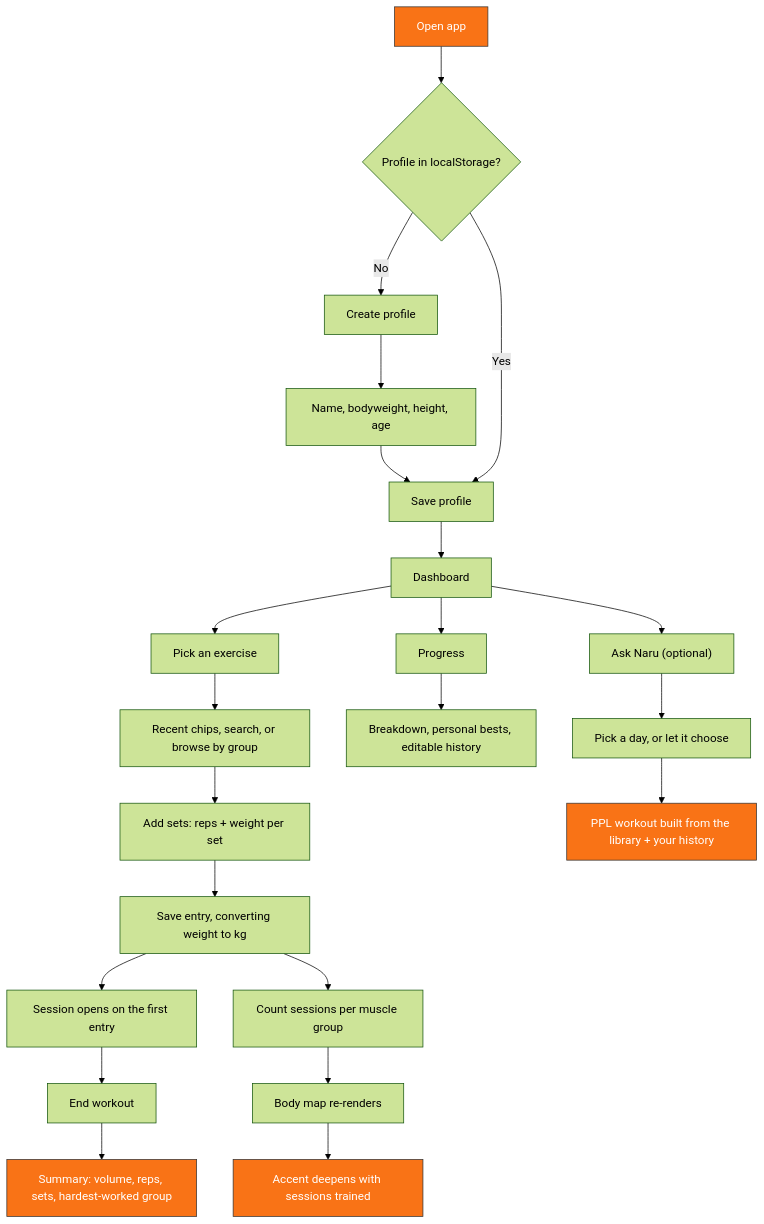
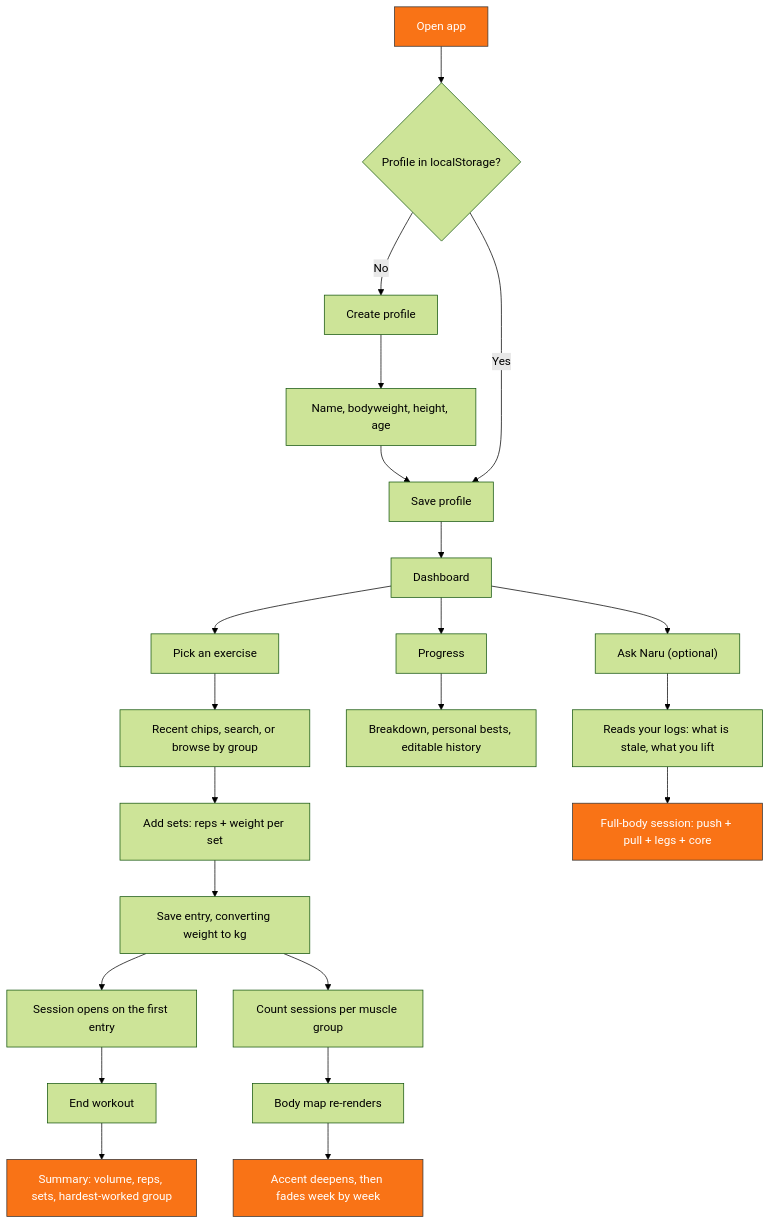
One commit to byjoelsamuel/workout-tracker changed the diagram in README.md. Above: the diagram before and after it, drawn with Mermaid (forest theme). The commit also changed other lines of this file and 11 other files, not shown here.

````diff
--- a/README.md
+++ b/README.md
@@ -88,34 +92,34 @@
 ```mermaid
 flowchart TD
     A[Open app] --> B{Profile in localStorage?}
     B -- No --> C[Create profile]
     C --> C1[Name, bodyweight, height, age]
     C1 --> D[Save profile]
     B -- Yes --> D
 
     D --> E[Dashboard]
     E --> F[Pick an exercise]
     F --> F1[Recent chips, search, or browse by group]
     F1 --> F2[Add sets: reps + weight per set]
     F2 --> G[Save entry, converting weight to kg]
     G --> G1[Session opens on the first entry]
 
     G --> H[Count sessions per muscle group]
     H --> I[Body map re-renders]
-    I --> I1[Accent deepens with sessions trained]
+    I --> I1[Accent deepens, then fades week by week]
 
     G1 --> L[End workout]
     L --> L1[Summary: volume, reps, sets, hardest-worked group]
 
     E --> M[Progress]
     M --> M1[Breakdown, personal bests, editable history]
 
     E --> N["Ask Naru (optional)"]
-    N --> N1[Pick a day, or let it choose]
-    N1 --> N2[PPL workout built from the library + your history]
+    N --> N1[Reads your logs: what is stale, what you lift]
+    N1 --> N2[Full-body session: push + pull + legs + core]
 
     style A fill:#f97316,stroke:#333,color:#fff
     style I1 fill:#f97316,stroke:#333,color:#fff
     style L1 fill:#f97316,stroke:#333,color:#fff
     style N2 fill:#f97316,stroke:#333,color:#fff
 ```
````
